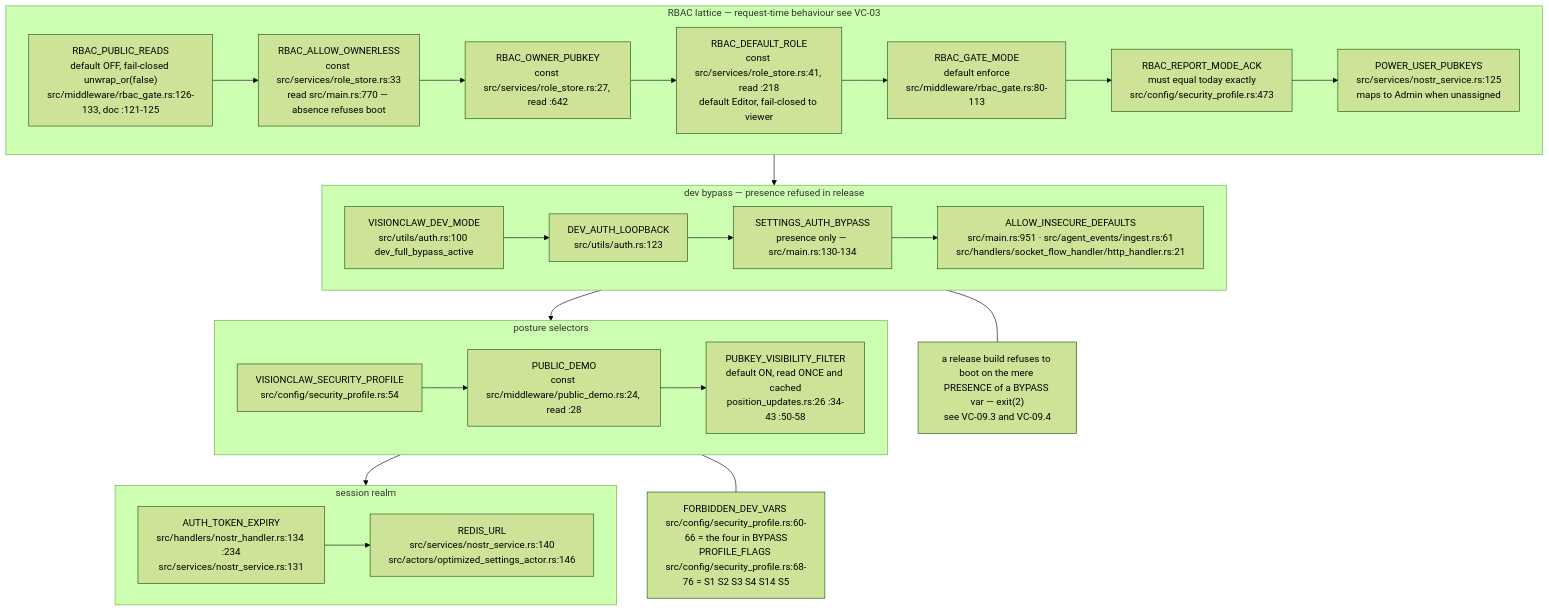
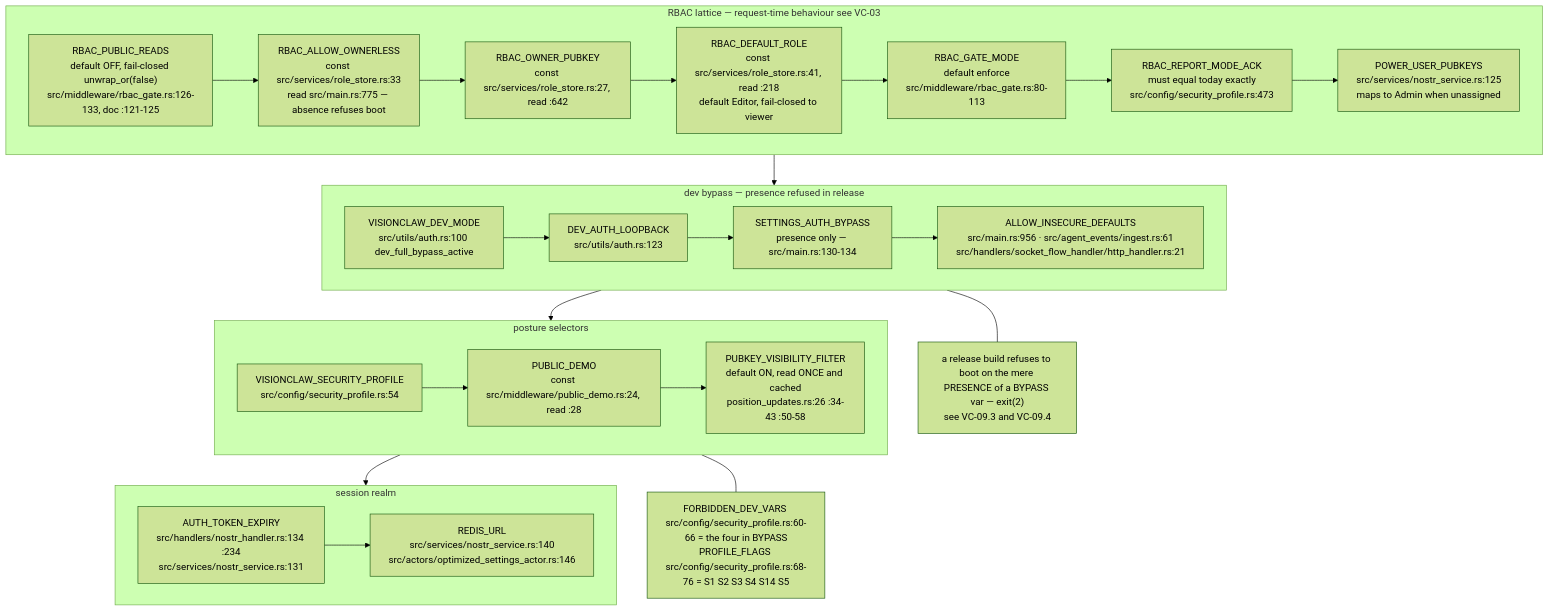
One commit to DreamLab-AI/VisionFlow changed the ninth of 15 diagrams in docs/diagrams/visionclaw/09-config-and-env-flags.md. Above: the diagram before and after it, drawn with Mermaid (forest theme). The commit also changed other lines of this file and 136 other files, not shown here.

First line of the commit message:
docs(diagrams): refresh the whole corpus to code HEAD and prune low-value diagrams

````diff
--- a/docs/diagrams/visionclaw/09-config-and-env-flags.md
+++ b/docs/diagrams/visionclaw/09-config-and-env-flags.md
@@ -405,20 +406,20 @@
 ```mermaid
 flowchart TB
     subgraph RBAC["RBAC lattice — request-time behaviour see VC-03"]
-        S1["RBAC_PUBLIC_READS<br/>default OFF, fail-closed unwrap_or(false)<br/>src/middleware/rbac_gate.rs:126-133, doc :121-125"] --> S2["RBAC_ALLOW_OWNERLESS<br/>const src/services/role_store.rs:33<br/>read src/main.rs:770 — absence refuses boot"] --> S3["RBAC_OWNER_PUBKEY<br/>const src/services/role_store.rs:27, read :642"] --> S4["RBAC_DEFAULT_ROLE<br/>const src/services/role_store.rs:41, read :218<br/>default Editor, fail-closed to viewer"] --> S5["RBAC_GATE_MODE<br/>default enforce<br/>src/middleware/rbac_gate.rs:80-113"] --> S6["RBAC_REPORT_MODE_ACK<br/>must equal today exactly<br/>src/config/security_profile.rs:473"] --> S7["POWER_USER_PUBKEYS<br/>src/services/nostr_service.rs:125<br/>maps to Admin when unassigned"]
+        S1["RBAC_PUBLIC_READS<br/>default OFF, fail-closed unwrap_or(false)<br/>src/middleware/rbac_gate.rs:126-133, doc :121-125"] --> S2["RBAC_ALLOW_OWNERLESS<br/>const src/services/role_store.rs:33<br/>read src/main.rs:775 — absence refuses boot"] --> S3["RBAC_OWNER_PUBKEY<br/>const src/services/role_store.rs:27, read :642"] --> S4["RBAC_DEFAULT_ROLE<br/>const src/services/role_store.rs:41, read :218<br/>default Editor, fail-closed to viewer"] --> S5["RBAC_GATE_MODE<br/>default enforce<br/>src/middleware/rbac_gate.rs:80-113"] --> S6["RBAC_REPORT_MODE_ACK<br/>must equal today exactly<br/>src/config/security_profile.rs:473"] --> S7["POWER_USER_PUBKEYS<br/>src/services/nostr_service.rs:125<br/>maps to Admin when unassigned"]
     end
     subgraph BYPASS["dev bypass — presence refused in release"]
-        S8["VISIONCLAW_DEV_MODE<br/>src/utils/auth.rs:100 dev_full_bypass_active"] --> S9["DEV_AUTH_LOOPBACK<br/>src/utils/auth.rs:123"] --> S10["SETTINGS_AUTH_BYPASS<br/>presence only — src/main.rs:130-134"] --> S11["ALLOW_INSECURE_DEFAULTS<br/>src/main.rs:951 · src/agent_events/ingest.rs:61<br/>src/handlers/socket_flow_handler/http_handler.rs:21"]
+        S8["VISIONCLAW_DEV_MODE<br/>src/utils/auth.rs:100 dev_full_bypass_active"] --> S9["DEV_AUTH_LOOPBACK<br/>src/utils/auth.rs:123"] --> S10["SETTINGS_AUTH_BYPASS<br/>presence only — src/main.rs:130-134"] --> S11["ALLOW_INSECURE_DEFAULTS<br/>src/main.rs:956 · src/agent_events/ingest.rs:61<br/>src/handlers/socket_flow_handler/http_handler.rs:21"]
     end
     subgraph POSTURE["posture selectors"]
         S12["VISIONCLAW_SECURITY_PROFILE<br/>src/config/security_profile.rs:54"] --> S13["PUBLIC_DEMO<br/>const src/middleware/public_demo.rs:24, read :28"] --> S14["PUBKEY_VISIBILITY_FILTER<br/>default ON, read ONCE and cached<br/>position_updates.rs:26 :34-43 :50-58"]
     end
     subgraph SESS["session realm"]
         S15["AUTH_TOKEN_EXPIRY<br/>src/handlers/nostr_handler.rs:134 :234<br/>src/services/nostr_service.rs:131"] --> S16["REDIS_URL<br/>src/services/nostr_service.rs:140<br/>src/actors/optimized_settings_actor.rs:146"]
     end
     RBAC --> BYPASS --> POSTURE --> SESS
     N2["FORBIDDEN_DEV_VARS src/config/security_profile.rs:60-66 = the four in BYPASS<br/>PROFILE_FLAGS src/config/security_profile.rs:68-76 = S1 S2 S3 S4 S14 S5"]
     POSTURE --- N2
     N3["a release build refuses to boot on the mere PRESENCE of a BYPASS var — exit(2)<br/>see VC-09.3 and VC-09.4"]
     BYPASS --- N3
 ```
````
